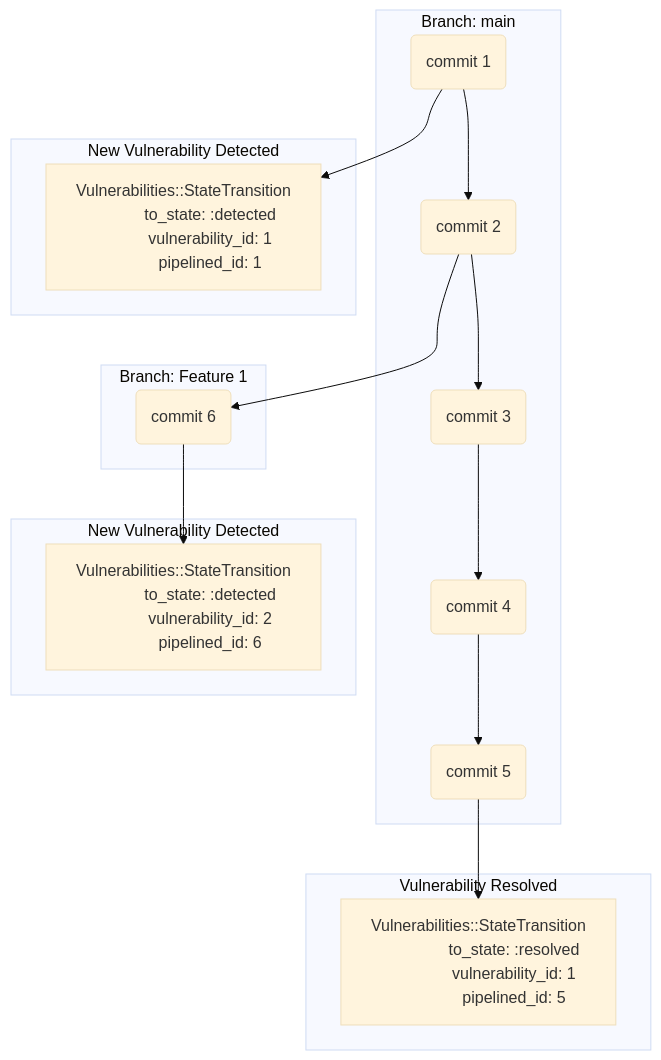
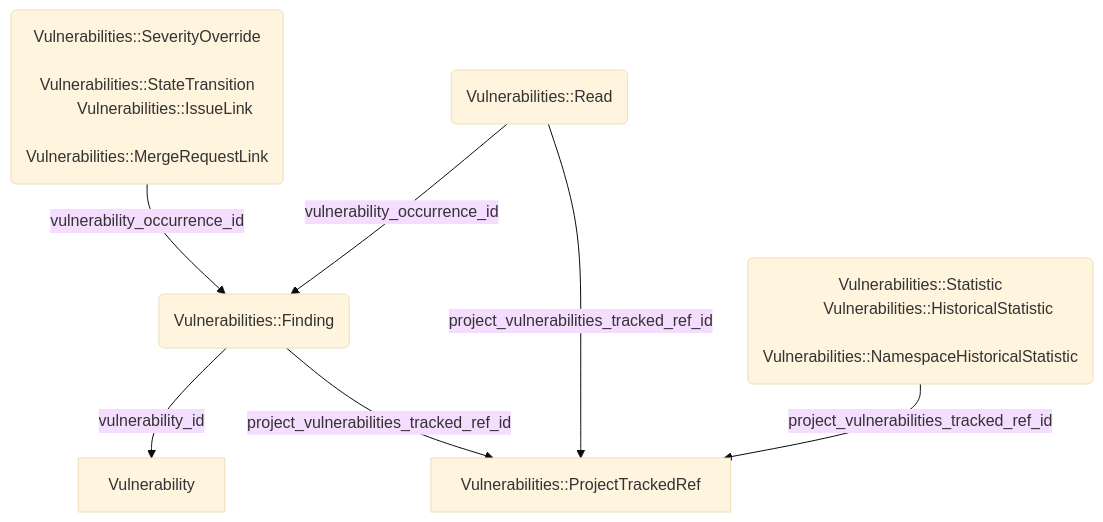
One commit to zalyoung/gitlab-handbook changed the diagram in content/handbook/engineering/architecture/design-documents/track_vulns_across_branches/_index.md. Above: the diagram before and after it, drawn with Mermaid (base theme). The commit also changed other lines of this file, not shown here.

Commit message:
Update Architecture document to define static ref tracking approach

````diff
--- a/content/handbook/engineering/architecture/design-documents/track_vulns_across_branches/_index.md
+++ b/content/handbook/engineering/architecture/design-documents/track_vulns_across_branches/_index.md
@@ -108,45 +56,27 @@
 ```mermaid
-flowchart TD
-    subgraph Branch: main
-        B(commit 1)
-        B --> C(commit 2)
-        C --> D(commit 3)
-        D --> E(commit 4)
-        E --> F(commit 5)
-    end
+flowchart
+    A[Vulnerability]
+    B(Vulnerabilities::Finding) -->|vulnerability_id| A
+    F(
+        Vulnerabilities::SeverityOverride
+        Vulnerabilities::StateTransition
+        Vulnerabilities::IssueLink
+        Vulnerabilities::MergeRequestLink
+    ) -->|vulnerability_occurrence_id| B
 
-    B --> G
-    subgraph New Vulnerability Detected
-        G[
-        Vulnerabilities::StateTransition
-            to_state: :detected
-            vulnerability_id: 1
-            pipelined_id: 1
-        ]
-    end
+    C(Vulnerabilities::Read)
+    D[Vulnerabilities::ProjectTrackedRef]
+
+    B -->|project_vulnerabilities_tracked_ref_id| D
+    C -->|project_vulnerabilities_tracked_ref_id| D
 
 
-    subgraph Branch: Feature 1
-        C --> I(commit 6)
-    end
 
-    I --> J
-    subgraph New Vulnerability Detected
-        J[
-        Vulnerabilities::StateTransition
-            to_state: :detected
-            vulnerability_id: 2
-            pipelined_id: 6
-        ]
-    end
+    G(
+        Vulnerabilities::Statistic
+        Vulnerabilities::HistoricalStatistic
+        Vulnerabilities::NamespaceHistoricalStatistic
+    ) -->|project_vulnerabilities_tracked_ref_id| D
 
-    subgraph Vulnerability Resolved
-        F --> K
-        K[
-            Vulnerabilities::StateTransition
-                to_state: :resolved
-                vulnerability_id: 1
-                pipelined_id: 5
-        ]
-    end
+    C -->|vulnerability_occurrence_id| B
 ```
````
